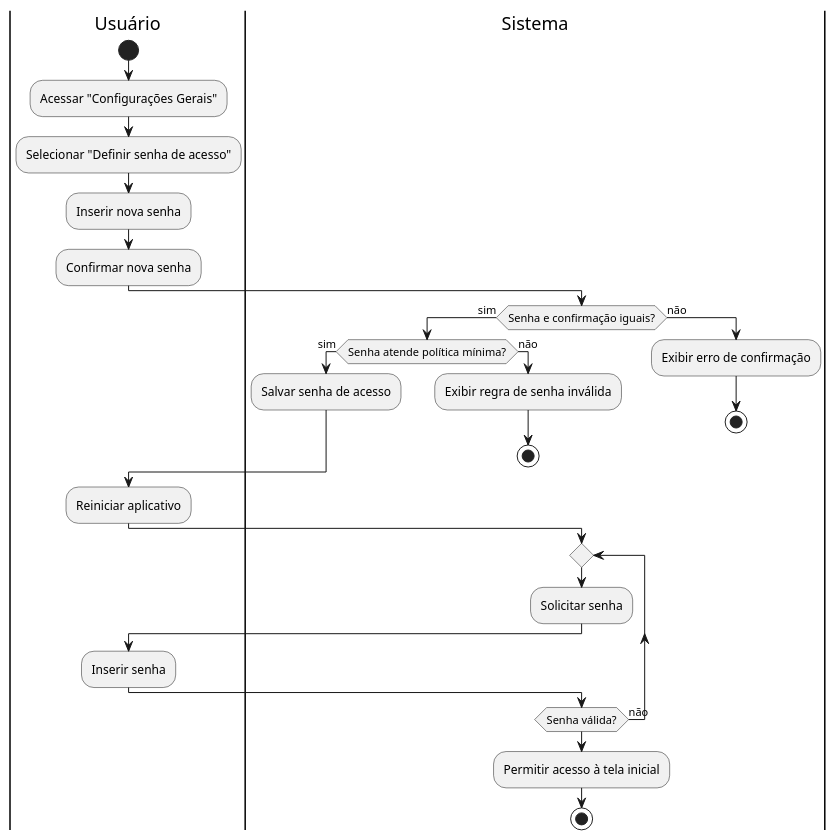
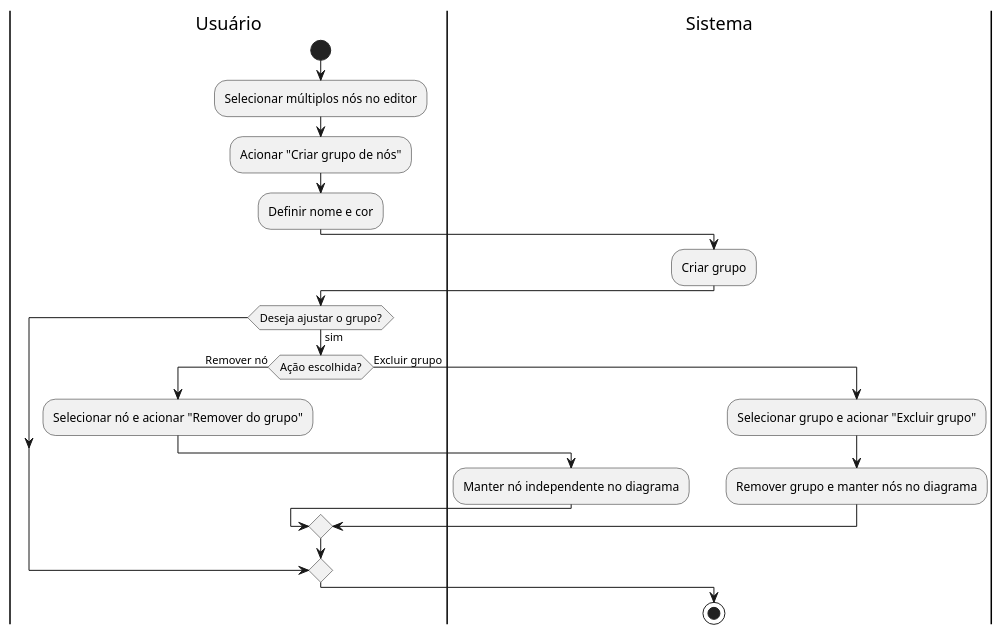
Before and after one commit to aspiringluke/Projeto-Integrado-Mobile: the diagram in docs/casosUso/uml/diagramas_atividade/diagrama_atividade_UC17.puml, drawn with PlantUML. The commit also changed 31 other files, not shown here.

```diff
--- a/docs/casosUso/uml/diagramas_atividade/diagrama_atividade_UC17.puml
+++ b/docs/casosUso/uml/diagramas_atividade/diagrama_atividade_UC17.puml
@@ -1,36 +1,26 @@
 @startuml diagrama_UC17
 
 |Usuário|
 start
-:Acessar "Configurações Gerais";
-:Selecionar "Definir senha de acesso";
-:Inserir nova senha;
-:Confirmar nova senha;
+:Selecionar múltiplos nós no editor;
+:Acionar "Criar grupo de nós";
+:Definir nome e cor;
 
 |Sistema|
-if (Senha e confirmação iguais?) then (sim)
-  if (Senha atende política mínima?) then (sim)
-    :Salvar senha de acesso;
-  else (não)
-    :Exibir regra de senha inválida;
-    stop
-  endif
-else (não)
-  :Exibir erro de confirmação;
-  stop
-endif
+:Criar grupo;
 
 |Usuário|
-:Reiniciar aplicativo;
-
-|Sistema|
-repeat
-  :Solicitar senha;
-  |Usuário|
-  :Inserir senha;
+if (Deseja ajustar o grupo?) then (sim)
+  if (Ação escolhida?) then (Remover nó)
+  :Selecionar nó e acionar "Remover do grupo";
   |Sistema|
-repeat while (Senha válida?) is (não)
-:Permitir acesso à tela inicial;
+  :Manter nó independente no diagrama;
+  else (Excluir grupo)
+  :Selecionar grupo e acionar "Excluir grupo";
+    |Sistema|
+    :Remover grupo e manter nós no diagrama;
+  endif
+endif
 
 stop
 @enduml
```
